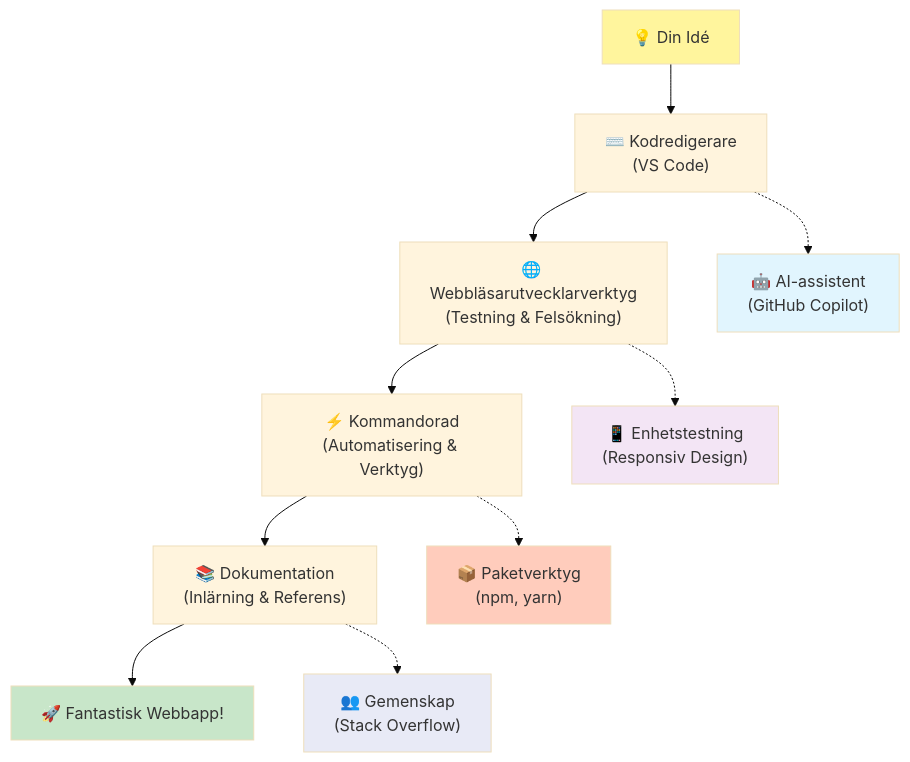
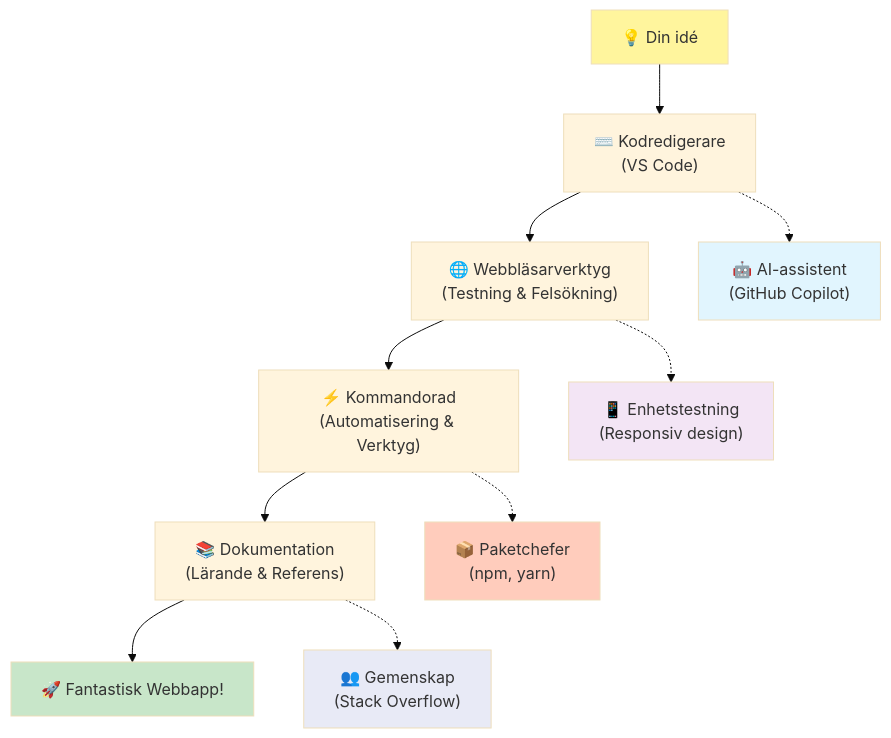
One commit to microsoft/Web-Dev-For-Beginners changed the fifth of 7 diagrams in translations/sv/1-getting-started-lessons/1-intro-to-programming-languages/README.md. Above: the diagram before and after it, drawn with Mermaid (base theme). The commit also changed other lines of this file and 11 other files, not shown here.

````diff
--- a/translations/sv/1-getting-started-lessons/1-intro-to-programming-languages/README.md
+++ b/translations/sv/1-getting-started-lessons/1-intro-to-programming-languages/README.md
@@ -487,20 +488,20 @@
 ```mermaid
 graph TD
-    A["💡 Din Idé"] --> B["⌨️ Kodredigerare<br/>(VS Code)"] 
-    B --> C["🌐 Webbläsarutvecklarverktyg<br/>(Testning & Felsökning)"]
+    A["💡 Din idé"] --> B["⌨️ Kodredigerare<br/>(VS Code)"] 
+    B --> C["🌐 Webbläsarverktyg<br/>(Testning & Felsökning)"]
     C --> D["⚡ Kommandorad<br/>(Automatisering & Verktyg)"]
-    D --> E["📚 Dokumentation<br/>(Inlärning & Referens)"]
+    D --> E["📚 Dokumentation<br/>(Lärande & Referens)"]
     E --> F["🚀 Fantastisk Webbapp!"]
     
     B -.-> G["🤖 AI-assistent<br/>(GitHub Copilot)"]
-    C -.-> H["📱 Enhetstestning<br/>(Responsiv Design)"]
-    D -.-> I["📦 Paketverktyg<br/>(npm, yarn)"]
+    C -.-> H["📱 Enhetstestning<br/>(Responsiv design)"]
+    D -.-> I["📦 Paketchefer<br/>(npm, yarn)"]
     E -.-> J["👥 Gemenskap<br/>(Stack Overflow)"]
     
     style A fill:#fff59d
     style F fill:#c8e6c9
     style G fill:#e1f5fe
     style H fill:#f3e5f5
     style I fill:#ffccbc
     style J fill:#e8eaf6
-```  
+```
````
